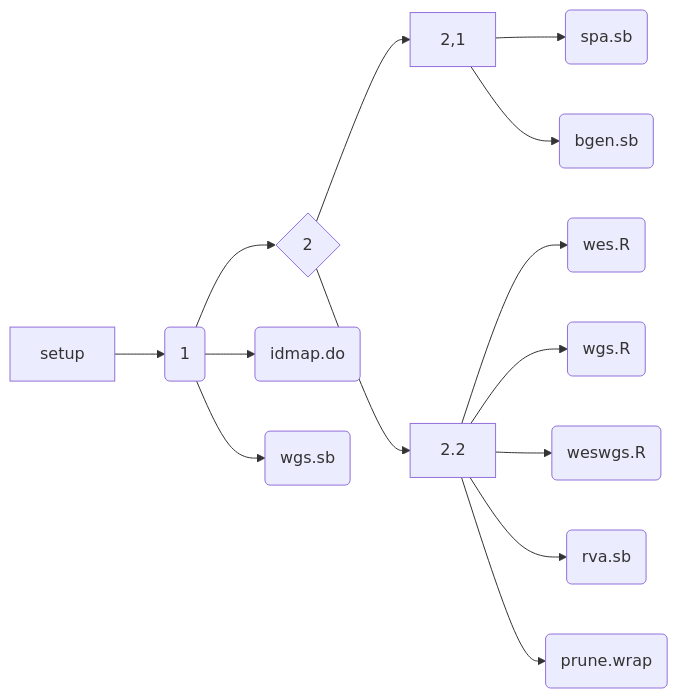
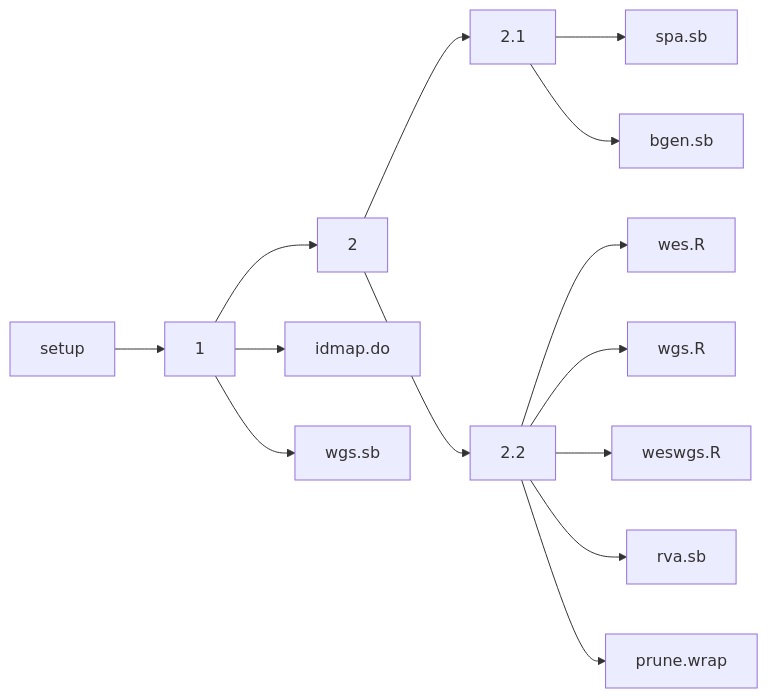
Before and after one commit to jinghuazhao/SCALLOP-Seq: the diagram in README.md, drawn with Mermaid. The commit also changed 1 other file, not shown here.

````diff
--- a/README.md
+++ b/README.md
@@ -13,10 +13,10 @@
 ```mermaid
 graph LR;
-A[setup] -->B(1);
-    B --> C{2}; B --> F(idmap.do); B --> I(wgs.sb);
-    C --> D[2,1];
-    C --> E[2.2]; E --> L(wes.R); E --> M(wgs.R); E --> N(weswgs.R);
-    D --> G(spa.sb); D --> K(bgen.sb);
-    E --> H(rva.sb); E --> J(prune.wrap);
+setup --> 1;
+    1 --> 2; 1 --> idmap.do; 1 --> wgs.sb;
+    2 --> 2.1;
+    2 --> 2.2; 2.2 --> wes.R; 2.2 --> wgs.R; 2.2 --> weswgs.R;
+    2.1 --> spa.sb; 2.1 --> bgen.sb;
+    2.2 --> rva.sb; 2.2 --> prune.wrap;
 
 ```
````
